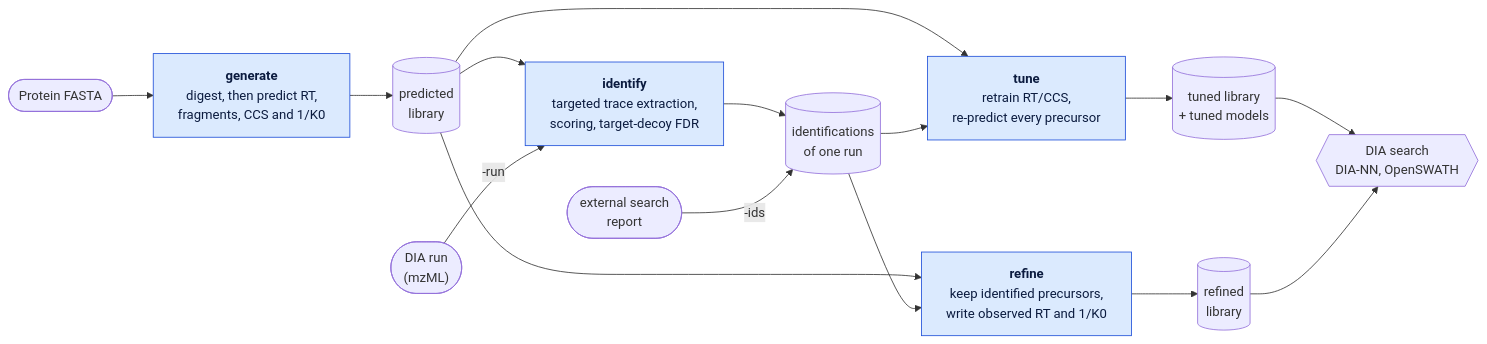
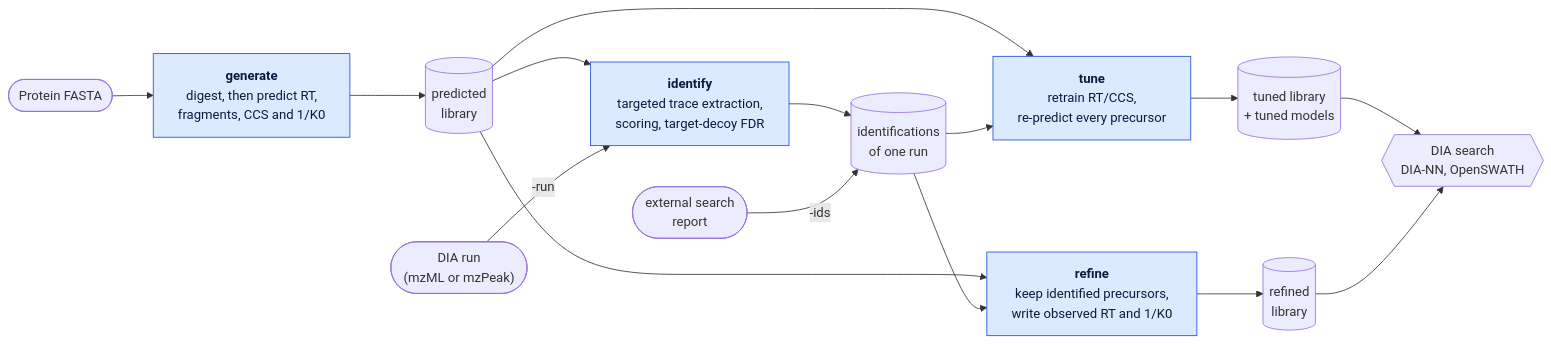
Before and after one commit to okohlbacher/DIALibGen: the diagram in README.md, drawn with Mermaid. The commit also changed other lines of this file and 5 other files, not shown here.

Commit message:
Docs: mzPeak runs for -run (experimental): README, usage, building, CHANGELOG, parameters

````diff
--- a/README.md
+++ b/README.md
@@ -22,19 +22,19 @@
 ```mermaid
 flowchart LR
     fasta(["Protein FASTA"]) --> gen["<b>generate</b><br/>digest, then predict RT,<br/>fragments, CCS and 1/K0"]
     gen --> lib[("predicted<br/>library")]
     lib --> ident["<b>identify</b><br/>targeted trace extraction,<br/>scoring, target-decoy FDR"]
-    run(["DIA run<br/>(mzML)"]) -->|"-run"| ident
+    run(["DIA run<br/>(mzML or mzPeak)"]) -->|"-run"| ident
     ident --> ids[("identifications<br/>of one run")]
     rep(["external search<br/>report"]) -->|"-ids"| ids
     lib --> tune["<b>tune</b><br/>retrain RT/CCS,<br/>re-predict every precursor"]
     ids --> tune
     lib --> refine["<b>refine</b><br/>keep identified precursors,<br/>write observed RT and 1/K0"]
     ids --> refine
     tune --> tl[("tuned library<br/>+ tuned models")]
     refine --> rl[("refined<br/>library")]
     tl --> search{{"DIA search<br/>DIA-NN, OpenSWATH"}}
     rl --> search
     classDef step fill:#dbeafe,stroke:#1d4ed8,color:#0b1b3f
     class gen,ident,tune,refine step
 ```
````
